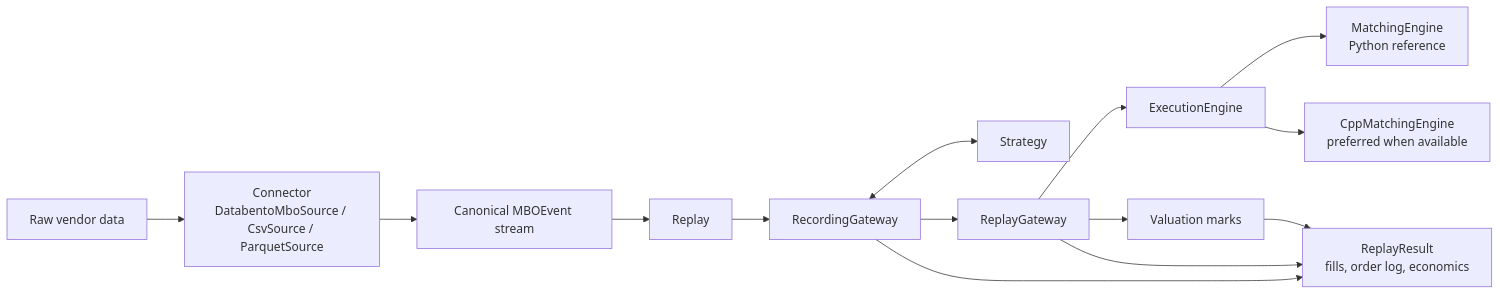
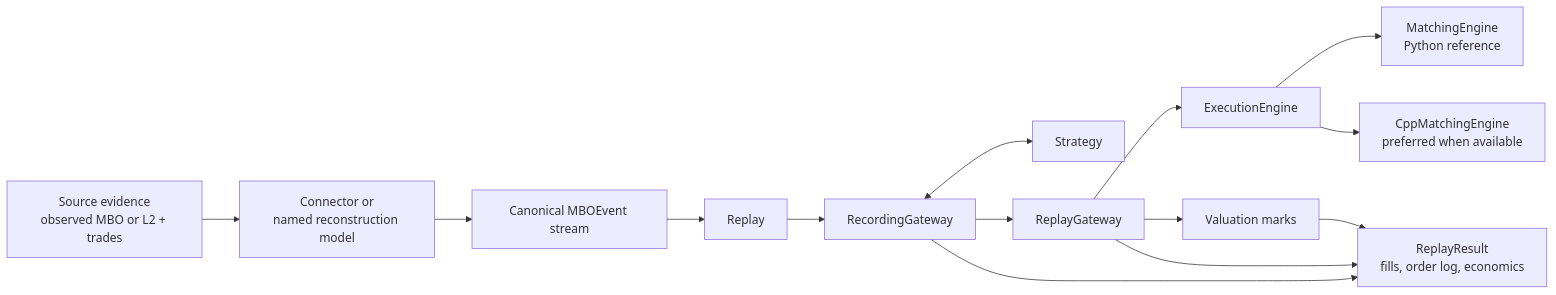
The first of 6 diagrams in docs/architecture.md (tradingexpert/ordersim), drawn with Mermaid before and after one commit. The commit also changed other lines of this file and 8 other files, not shown here.

Commit message:
Clarify vendor-independent data architecture (#64)

````diff
--- a/docs/architecture.md
+++ b/docs/architecture.md
@@ -9,29 +9,29 @@
 ```mermaid
 flowchart LR
-    raw["Raw vendor data"]
-    connector["Connector<br/>DatabentoMboSource / CsvSource / ParquetSource"]
+    evidence["Source evidence<br/>observed MBO or L2 + trades"]
+    integration["Connector or<br/>named reconstruction model"]
     canonical["Canonical MBOEvent stream"]
     replay["Replay"]
     recording["RecordingGateway"]
     strategy["Strategy"]
     gateway["ReplayGateway"]
     engine["ExecutionEngine"]
     python["MatchingEngine<br/>Python reference"]
     cpp["CppMatchingEngine<br/>preferred when available"]
     valuation["Valuation marks"]
     result["ReplayResult<br/>fills, order log, economics"]
 
-    raw --> connector
-    connector --> canonical
+    evidence --> integration
+    integration --> canonical
     canonical --> replay
     replay --> recording
     recording <--> strategy
     recording --> gateway
     gateway --> engine
     engine --> python
     engine --> cpp
     gateway --> valuation
     valuation --> result
     gateway --> result
     recording --> result
 ```
````
